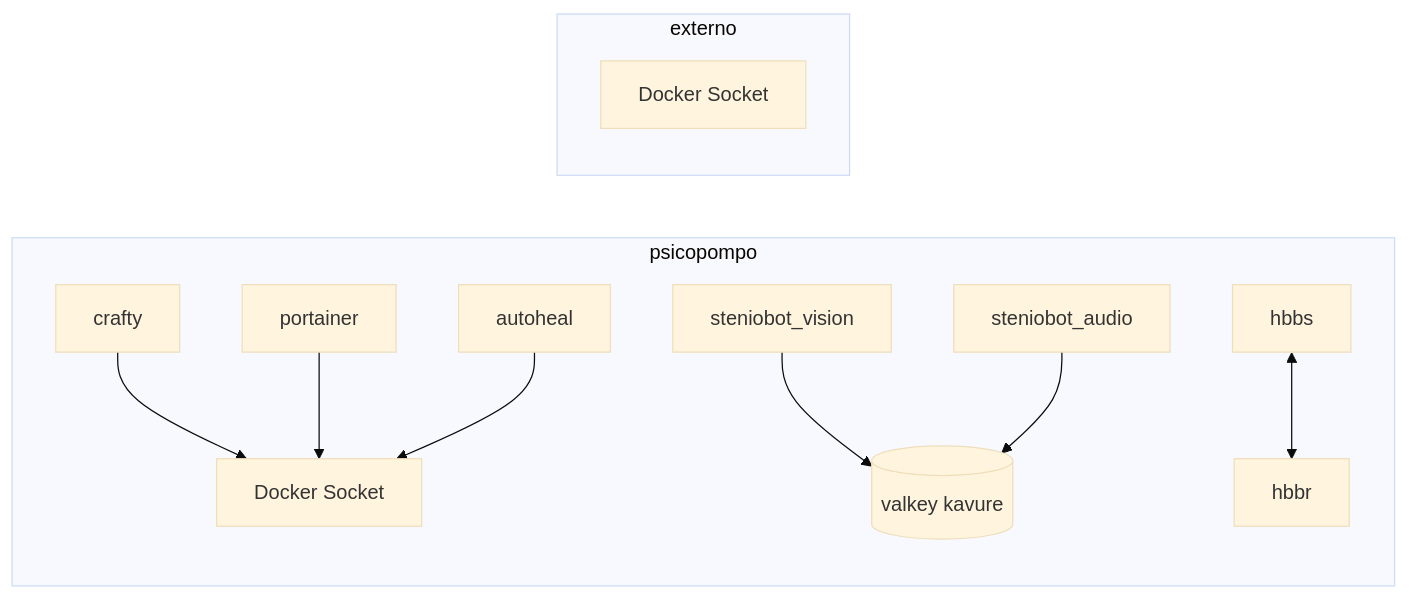
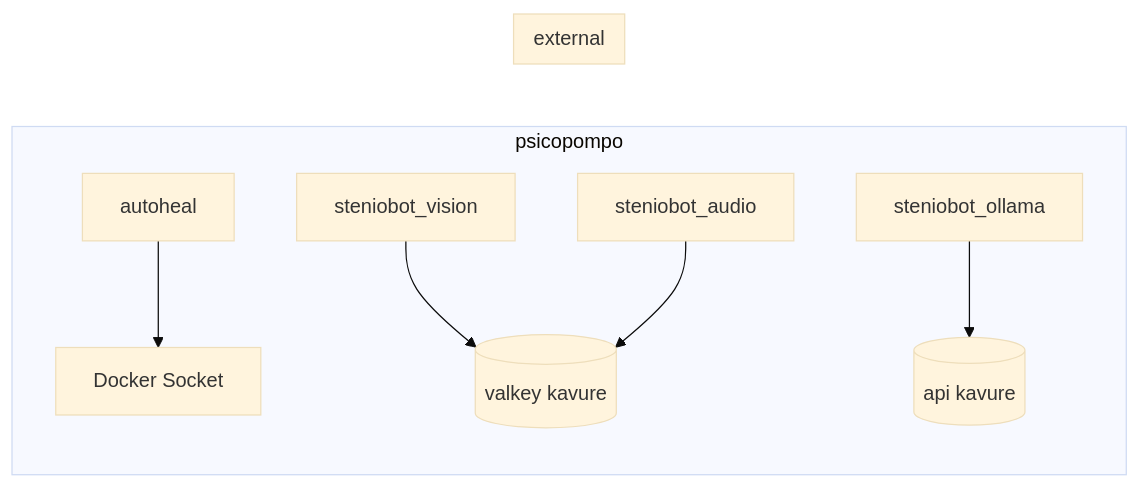
The first of 5 diagrams in network/service-topology.md (ceduardorodrig/MNEMOCINE), drawn with Mermaid (base theme) before and after one commit. The commit also changed other lines of this file and 95 other files, not shown here.

````diff
--- a/network/service-topology.md
+++ b/network/service-topology.md
@@ -39,15 +38,13 @@
 ```mermaid
 graph LR
     subgraph psicopompo
-        F[crafty] --> G[Docker Socket]
-        H[portainer] --> G
-        I[autoheal] --> G
+        I[autoheal] --> G[Docker Socket]
         V[steniobot_vision] --> K[(valkey kavure)]
         A[steniobot_audio] --> K
-        J[hbbs] <--> K2[hbbr]
+        O[steniobot_ollama] --> API[(api kavure)]
     end
 
-    subgraph externo
-        L[Docker Socket]
+    subgraph external
+        G[Docker Socket]
     end
 ```
````
